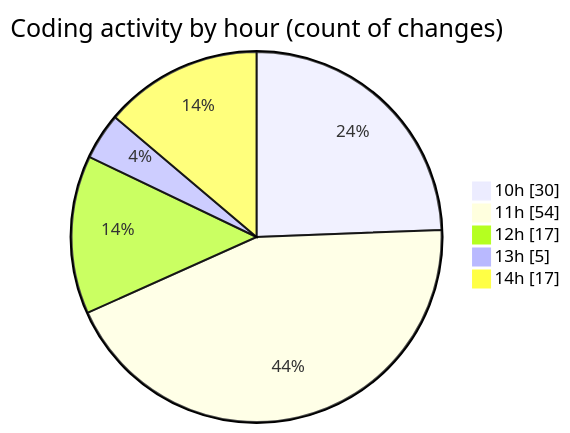
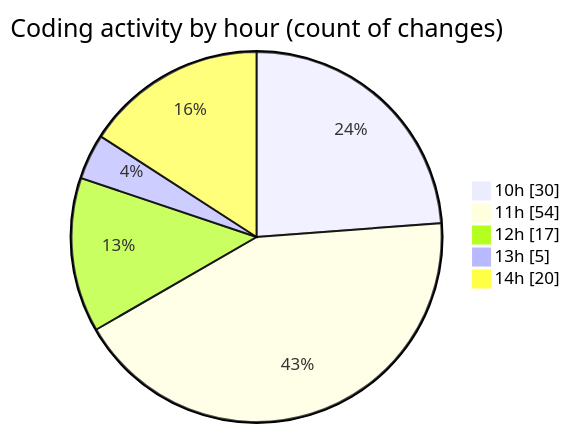
One commit to momahboobian/code-tracking changed the second of 2 diagrams in 2025-05-01/cda/README.md. Above: the diagram before and after it, drawn with Mermaid. The commit also changed other lines of this file and 1 other file, not shown here.

````diff
--- a/2025-05-01/cda/README.md
+++ b/2025-05-01/cda/README.md
@@ -40,9 +40,9 @@
 ```mermaid
 pie showData
 title Coding activity by hour (count of changes)
 "10h" : 30
 "11h" : 54
 "12h" : 17
 "13h" : 5
-"14h" : 17
+"14h" : 20
 ```
````
